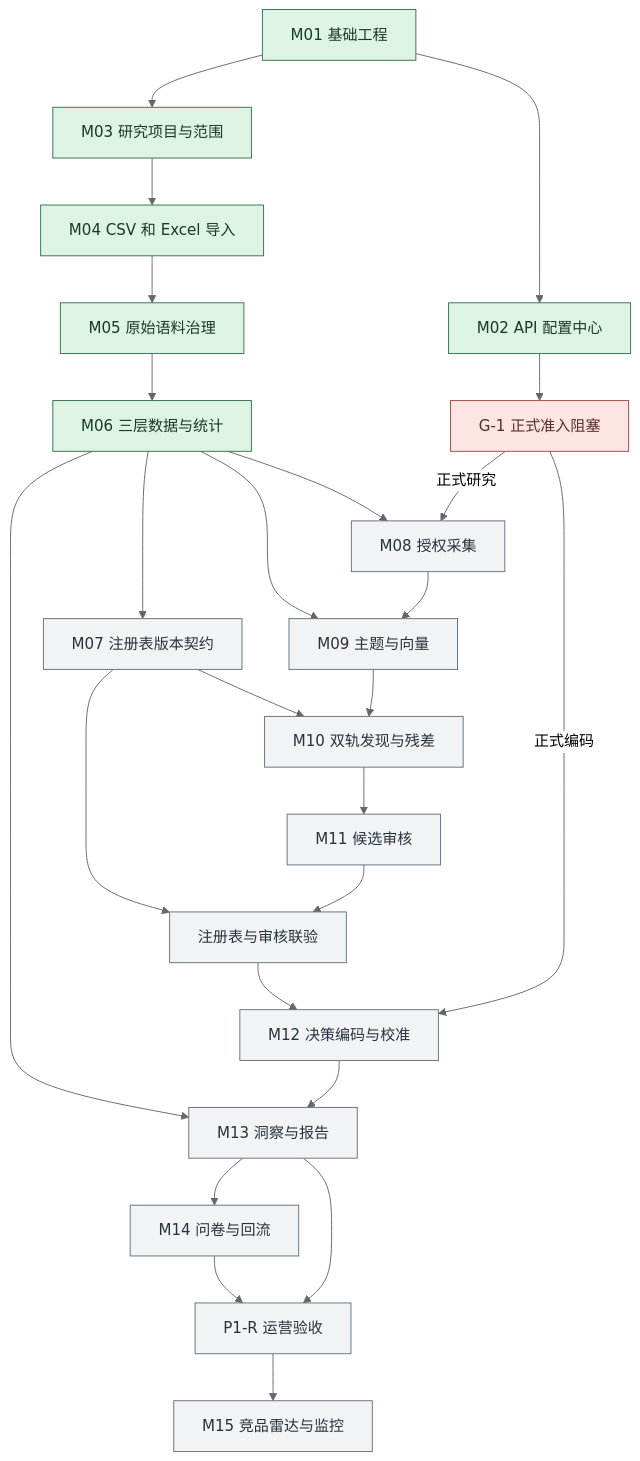
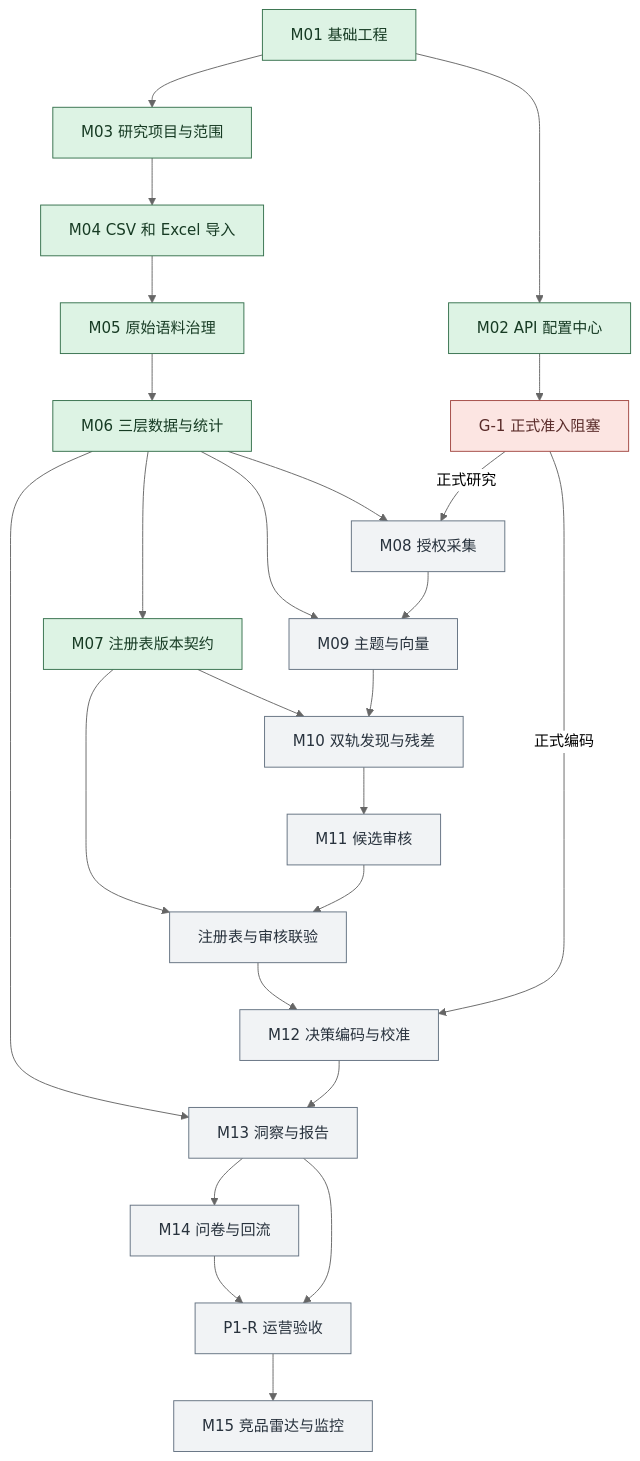
One commit to kurikiwoods-coder/voc-research-workbench changed the first of 3 diagrams in docs/planning/development-sequence.md. Above: the diagram before and after it, drawn with Mermaid (neutral theme). The commit also changed 5 other files, not shown here.

````diff
--- a/docs/planning/development-sequence.md
+++ b/docs/planning/development-sequence.md
@@ -7,33 +7,34 @@
 ```mermaid
 flowchart TD
     M01["M01 基础工程"] --> M02["M02 API 配置中心"]
     M01 --> M03["M03 研究项目与范围"]
     M02 --> G1["G-1 正式准入阻塞"]
     M03 --> M04["M04 CSV 和 Excel 导入"]
     M04 --> M05["M05 原始语料治理"]
     M05 --> M06["M06 三层数据与统计"]
     M06 --> M07["M07 注册表版本契约"]
     M06 --> M08["M08 授权采集"]
     M06 --> M09["M09 主题与向量"]
     M08 --> M09
     M07 --> M10["M10 双轨发现与残差"]
     M09 --> M10
     M10 --> M11["M11 候选审核"]
     M07 --> Joint["注册表与审核联验"]
     M11 --> Joint
     Joint --> M12["M12 决策编码与校准"]
     G1 -->|正式研究| M08
     G1 -->|正式编码| M12
     M06 --> M13["M13 洞察与报告"]
     M12 --> M13
     M13 --> M14["M14 问卷与回流"]
     M14 --> P1R["P1-R 运营验收"]
     M13 --> P1R
     P1R --> M15["M15 竞品雷达与监控"]
     classDef done fill:#DDF3E4,stroke:#35704C,color:#173B24
     classDef pending fill:#F1F3F5,stroke:#637180,color:#28323D
     classDef blocked fill:#FCE5E2,stroke:#A24943,color:#592B29
     class M01,M02,M03,M04,M05,M06 done
-    class M07,M08,M09,M10,M11,Joint,M12,M13,M14,P1R,M15 pending
+    class M07 done
+    class M08,M09,M10,M11,Joint,M12,M13,M14,P1R,M15 pending
     class G1 blocked
 ```
````
